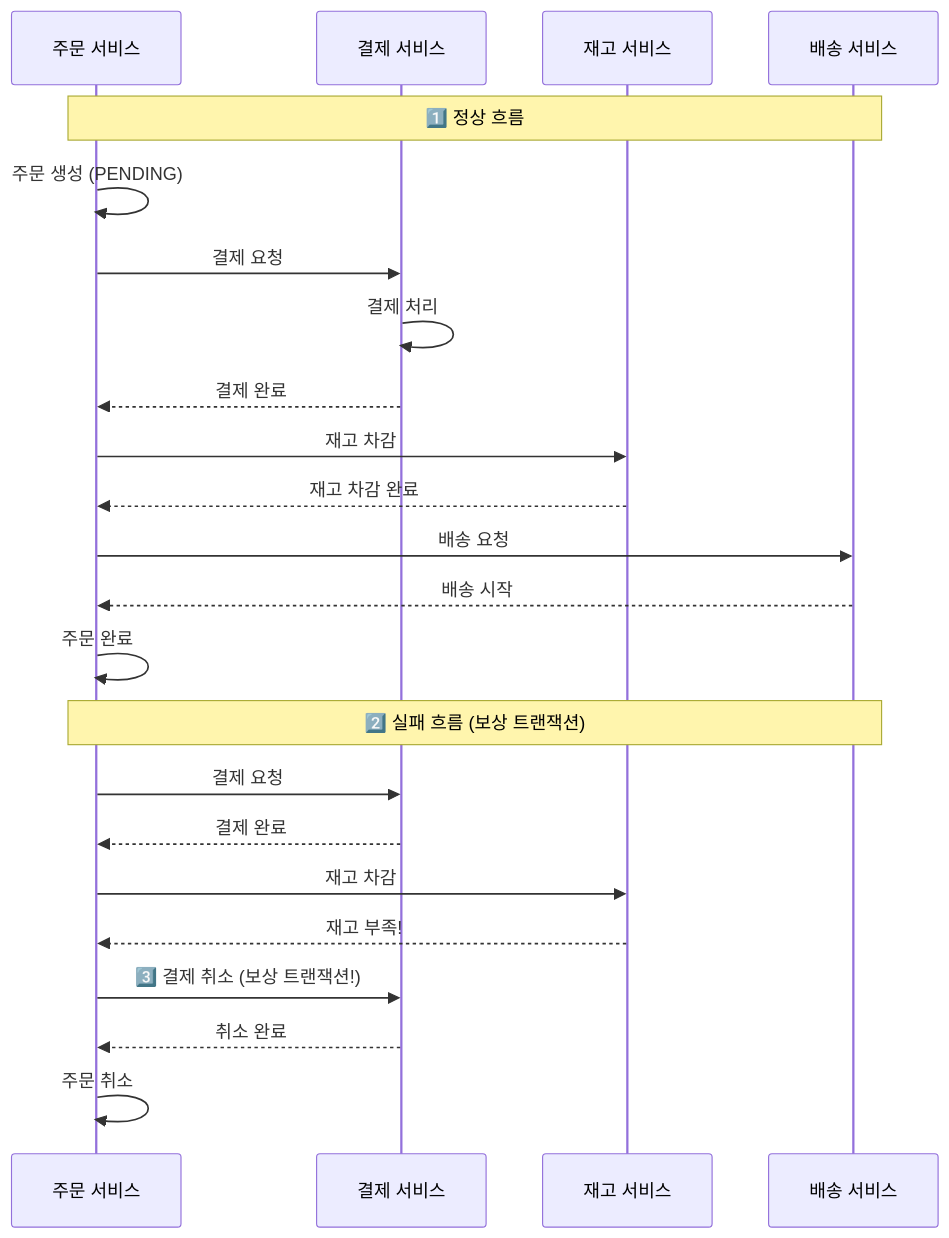
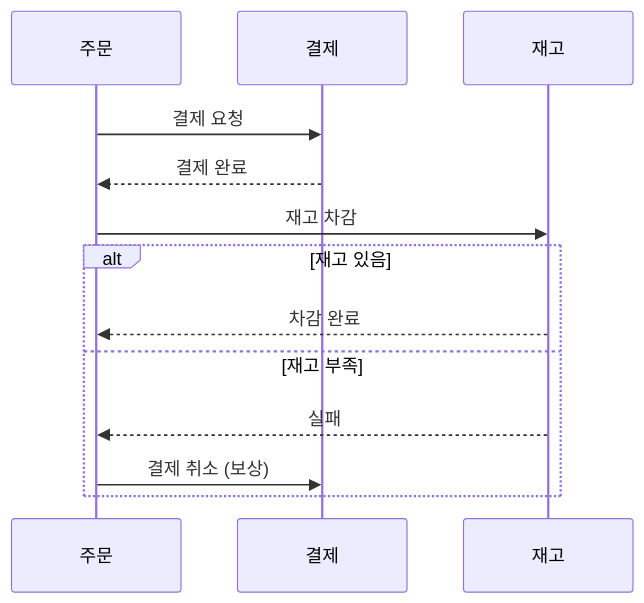
Diagram 11 of 15 in _posts/architecture/2026-05-02-msa-deep.md (yjkim2015/yjkim2015.github.io), drawn with Mermaid before and after one commit. The commit also changed other lines of this file and 215 other files, not shown here.

First line of the commit message:
신규 포스트 10개 추가 + Mermaid 전면 축소 + SystemDesign 시리즈 보강

````diff
--- a/_posts/architecture/2026-05-02-msa-deep.md
+++ b/_posts/architecture/2026-05-02-msa-deep.md
@@ -477,27 +384,15 @@
 ```mermaid
 sequenceDiagram
-    participant OS as 주문 서비스
-    participant PS as 결제 서비스
-    participant IS as 재고 서비스
-    participant DS as 배송 서비스
-
-    Note over OS,DS: 1️⃣ 정상 흐름
-    OS->>OS: 주문 생성 (PENDING)
-    OS->>PS: 결제 요청
-    PS->>PS: 결제 처리
-    PS-->>OS: 결제 완료
-    OS->>IS: 재고 차감
-    IS-->>OS: 재고 차감 완료
-    OS->>DS: 배송 요청
-    DS-->>OS: 배송 시작
-    OS->>OS: 주문 완료
-
-    Note over OS,DS: 2️⃣ 실패 흐름 (보상 트랜잭션)
+    participant OS as 주문
+    participant PS as 결제
+    participant IS as 재고
     OS->>PS: 결제 요청
     PS-->>OS: 결제 완료
     OS->>IS: 재고 차감
-    IS-->>OS: 재고 부족!
-    OS->>PS: 3️⃣ 결제 취소 (보상 트랜잭션!)
-    PS-->>OS: 취소 완료
-    OS->>OS: 주문 취소
+    alt 재고 있음
+        IS-->>OS: 차감 완료
+    else 재고 부족
+        IS-->>OS: 실패
+        OS->>PS: 결제 취소 (보상)
+    end
 ```
````
